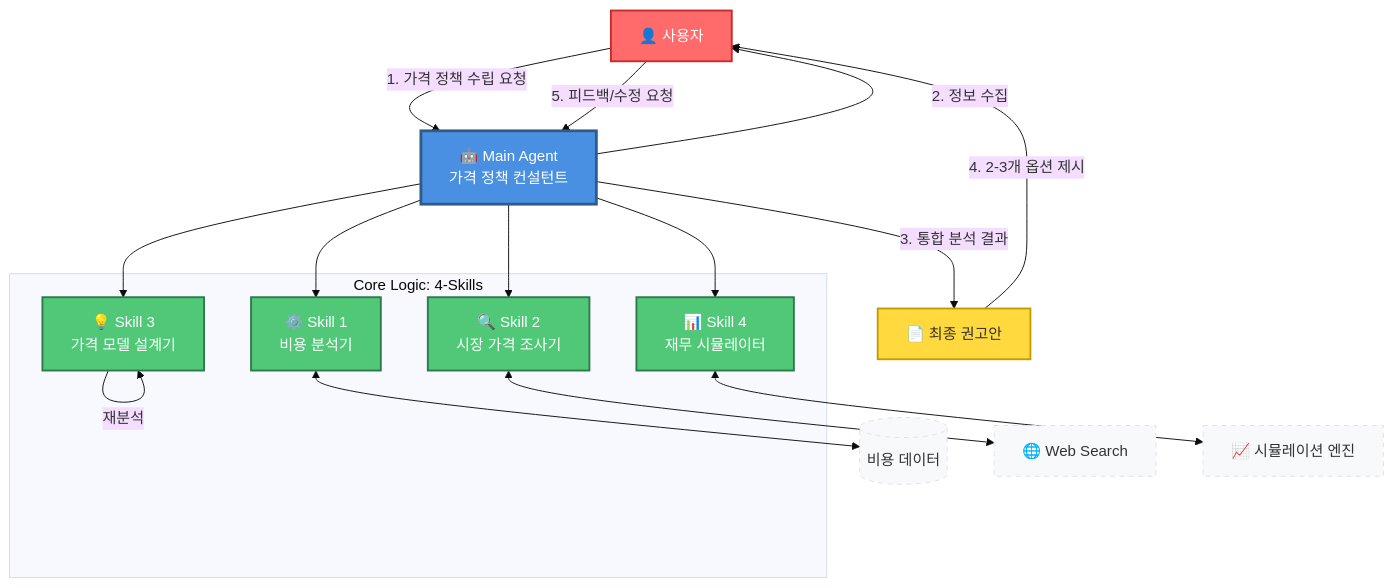
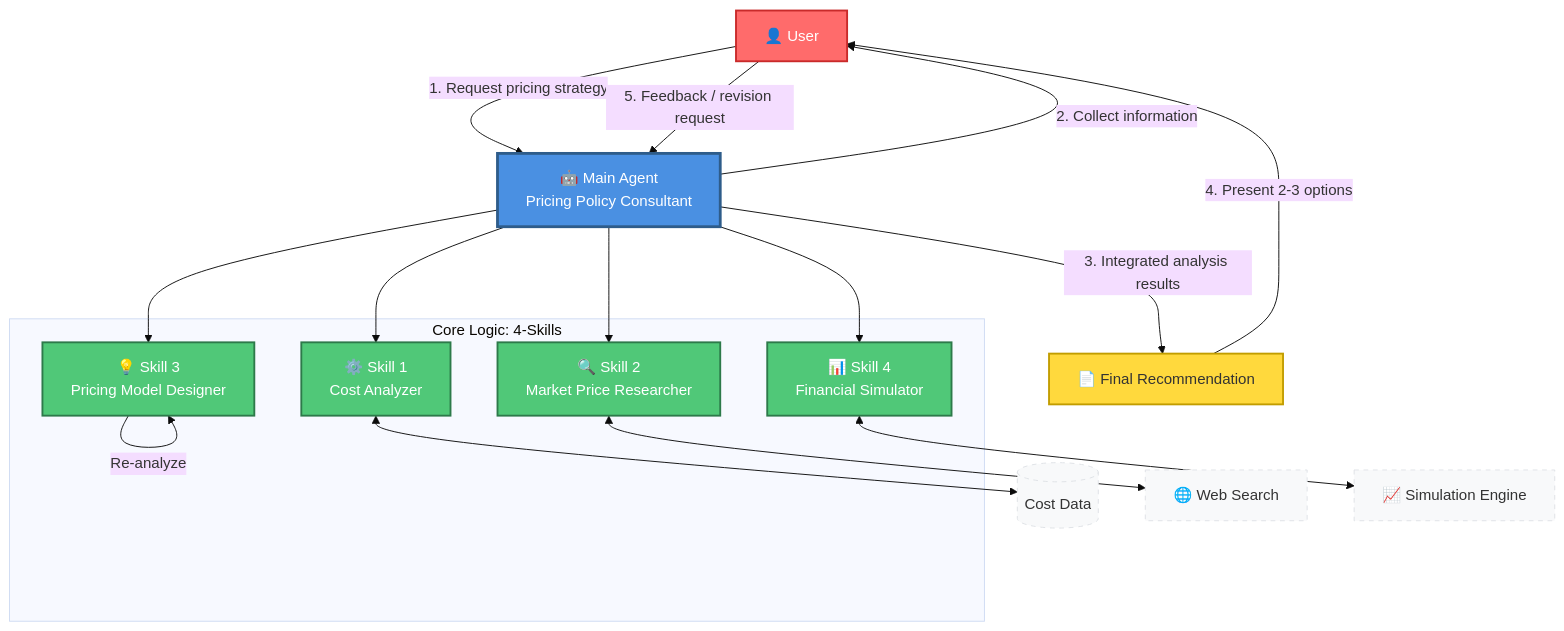
The first of 4 diagrams in saas_pricing_prompts.md (arslonga1984/OA_pricing), drawn with Mermaid (base theme) before and after one commit.

Commit message:
docs: translate system diagram labels to English

````diff
--- a/saas_pricing_prompts.md
+++ b/saas_pricing_prompts.md
@@ -5,52 +5,52 @@
 ```mermaid
 graph TD
-    %% 1. 스타일 정의 (수정 및 유지보수가 쉬워집니다)
+    %% 1. Style definitions (easier to modify and maintain)
     classDef user fill:#FF6B6B,stroke:#C92A2A,stroke-width:2px,color:#fff;
     classDef main fill:#4A90E2,stroke:#2E5C8A,stroke-width:3px,color:#fff;
     classDef skill fill:#50C878,stroke:#2D7A4A,stroke-width:2px,color:#fff;
     classDef infra fill:#f8f9fa,stroke:#dee2e6,stroke-width:1px,color:#333,stroke-dasharray: 5 5;
     classDef report fill:#FFD93D,stroke:#C29D00,stroke-width:2px,color:#333;
 
-    %% 2. 노드 구성
-    User[👤 사용자]
-    MainAgent[🤖 Main Agent<br/>가격 정책 컨설턴트]
+    %% 2. Nodes
+    User[👤 User]
+    MainAgent[🤖 Main Agent<br/>Pricing Policy Consultant]
     
     subgraph Agent_Skills [Core Logic: 4-Skills]
-        S1[⚙️ Skill 1<br/>비용 분석기]
-        S2[🔍 Skill 2<br/>시장 가격 조사기]
-        S3[💡 Skill 3<br/>가격 모델 설계기]
-        S4[📊 Skill 4<br/>재무 시뮬레이터]
+        S1[⚙️ Skill 1<br/>Cost Analyzer]
+        S2[🔍 Skill 2<br/>Market Price Researcher]
+        S3[💡 Skill 3<br/>Pricing Model Designer]
+        S4[📊 Skill 4<br/>Financial Simulator]
     end
 
-    CostDB[(비용 데이터)]
+    CostDB[(Cost Data)]
     WebSearch[🌐 Web Search]
-    Simulation[📈 시뮬레이션 엔진]
-    FinalReport[📄 최종 권고안]
+    Simulation[📈 Simulation Engine]
+    FinalReport[📄 Final Recommendation]
 
-    %% 3. 흐름도 (기존의 상세 로직 유지)
-    User -->|1. 가격 정책 수립 요청| MainAgent
-    MainAgent -->|2. 정보 수집| User
+    %% 3. Flow (preserves the original detailed logic)
+    User -->|1. Request pricing strategy| MainAgent
+    MainAgent -->|2. Collect information| User
 
     MainAgent --> S1
     S1 <--> CostDB
     
     MainAgent --> S2
     S2 <--> WebSearch
     
     MainAgent --> S3
-    S3 -->|재분석| S3
+    S3 -->|Re-analyze| S3
     
     MainAgent --> S4
     S4 <--> Simulation
 
-    MainAgent -->|3. 통합 분석 결과| FinalReport
-    FinalReport -->|4. 2-3개 옵션 제시| User
-    User -->|5. 피드백/수정 요청| MainAgent
+    MainAgent -->|3. Integrated analysis results| FinalReport
+    FinalReport -->|4. Present 2-3 options| User
+    User -->|5. Feedback / revision request| MainAgent
 
-    %% 4. 클래스 적용
+    %% 4. Apply classes
     class User user;
     class MainAgent main;
     class S1,S2,S3,S4 skill;
     class CostDB,WebSearch,Simulation infra;
     class FinalReport report;
 ```
````
